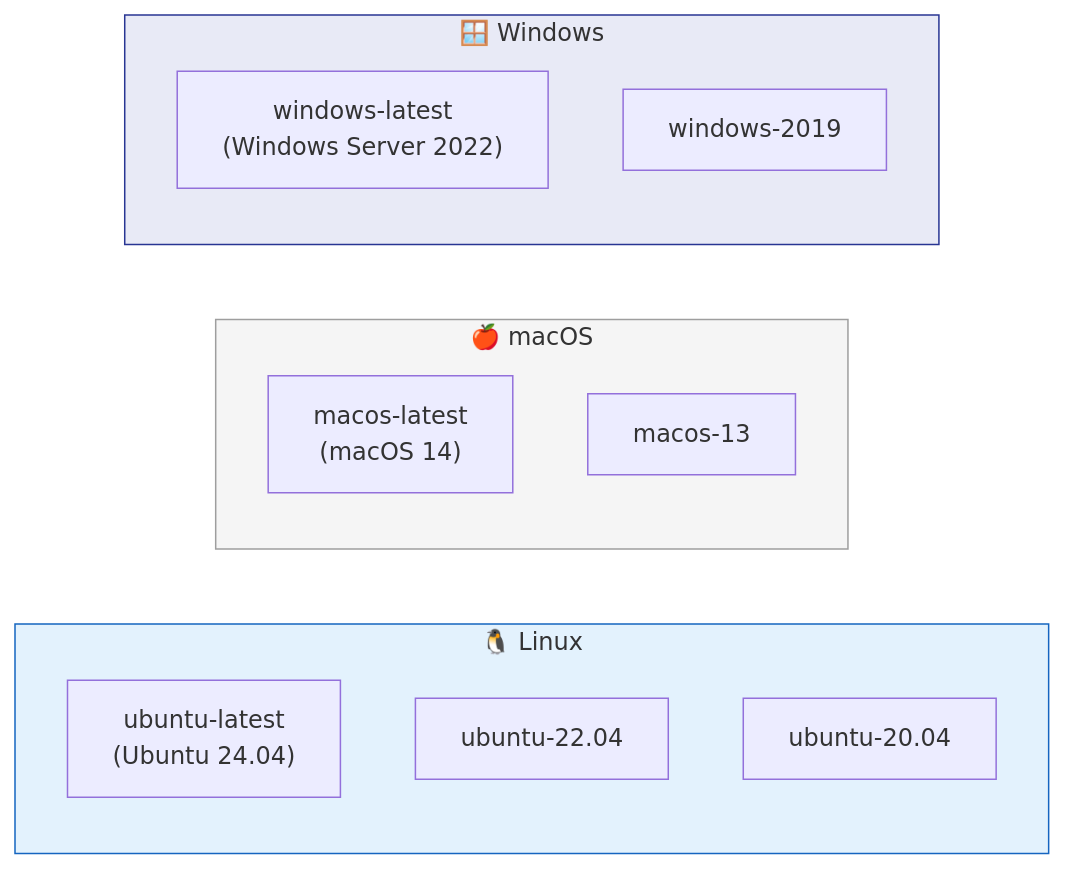
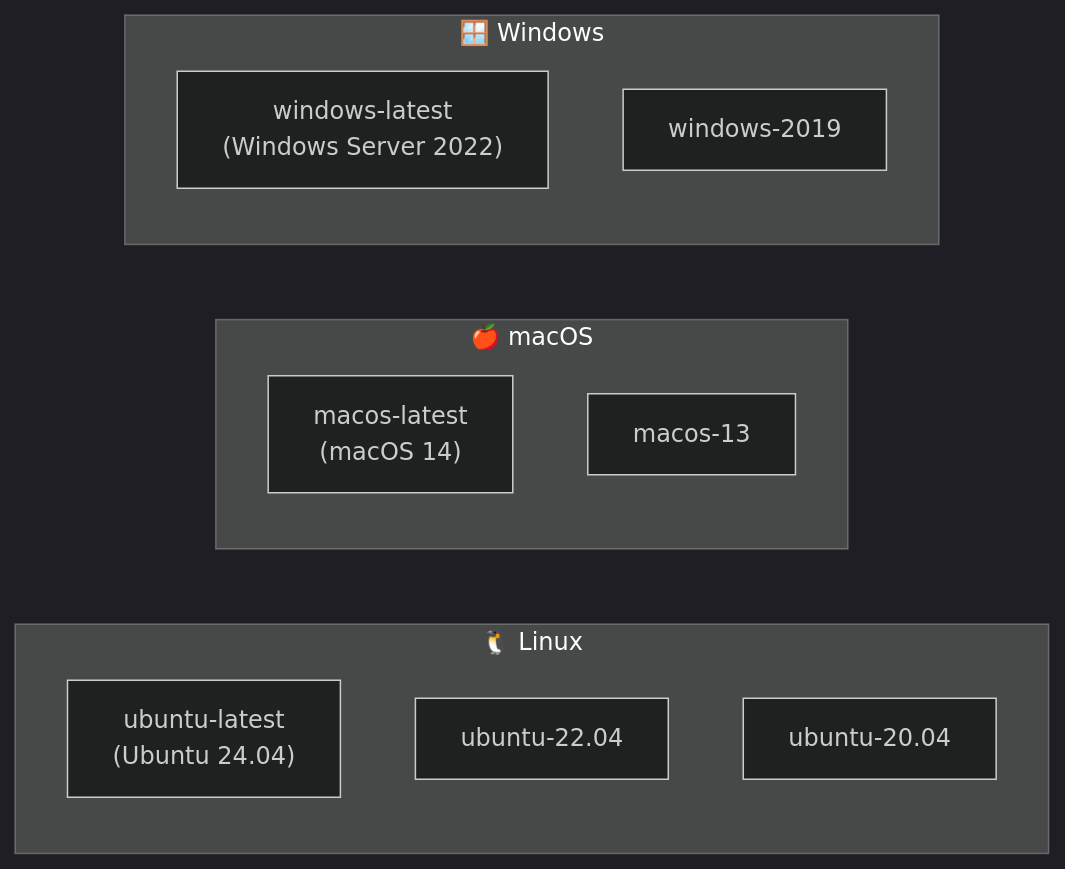
One commit to vishutyagi0210/github-ci-cd-with-labs changed the second of 3 diagrams in 09-runners/README.md. Above: the diagram before and after it, drawn with Mermaid. The commit also changed other lines of this file and 13 other files, not shown here.

Commit message:
fix: switch all mermaid diagrams to dark theme for better readability

````diff
--- a/09-runners/README.md
+++ b/09-runners/README.md
@@ -54,22 +52,20 @@
 ```mermaid
+%%{init: {"theme": "dark"}}%%
 graph LR
     subgraph LINUX["🐧 Linux"]
         L1["ubuntu-latest<br/>(Ubuntu 24.04)"]
         L2["ubuntu-22.04"]
         L3["ubuntu-20.04"]
     end
 
     subgraph MAC["🍎 macOS"]
         M1["macos-latest<br/>(macOS 14)"]
         M2["macos-13"]
     end
 
     subgraph WIN["🪟 Windows"]
         W1["windows-latest<br/>(Windows Server 2022)"]
         W2["windows-2019"]
     end
 
-    style LINUX fill:#e3f2fd,stroke:#1565c0
-    style MAC fill:#f5f5f5,stroke:#9e9e9e
-    style WIN fill:#e8eaf6,stroke:#283593
 ```
````
